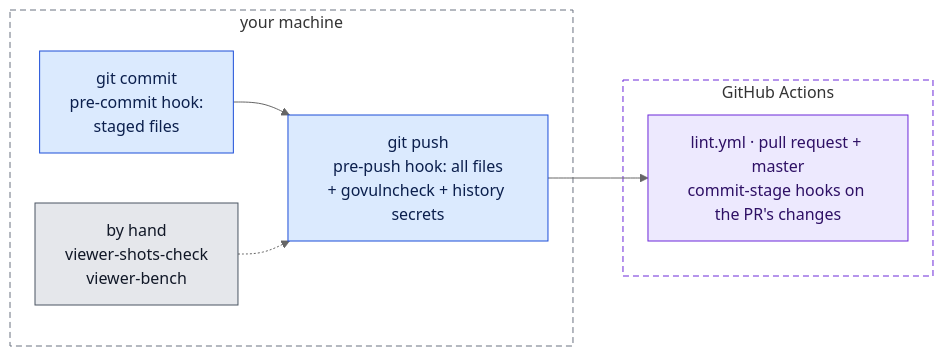
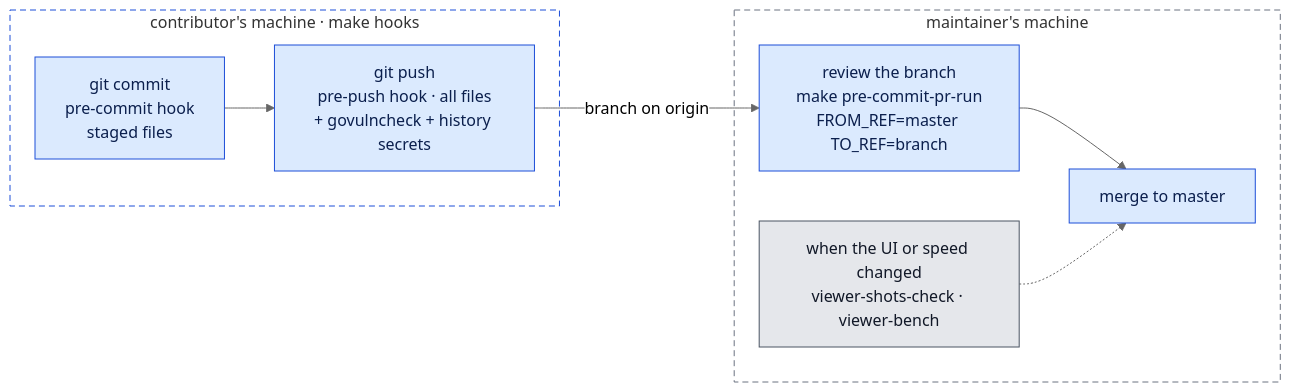
Before and after one commit to Avicted/tools.pipeline-graph: the eighth of 10 diagrams in docs/architecture.md, drawn with Mermaid (neutral theme). The commit also changed other lines of this file and 5 other files, not shown here.

First line of the commit message:
ci: remove lint.yml; the pre-commit hooks are the only gate

````diff
--- a/docs/architecture.md
+++ b/docs/architecture.md
@@ -297,22 +299,21 @@
 ```mermaid
 flowchart LR
-    subgraph local["your machine"]
-        commit["git commit<br/>pre-commit hook:<br/>staged files"]
-        push["git push<br/>pre-push hook: all files<br/>+ govulncheck + history secrets"]
-        manual["by hand<br/>viewer-shots-check<br/>viewer-bench"]
+    subgraph contributor["contributor's machine · make hooks"]
+        commit["git commit<br/>pre-commit hook<br/>staged files"]
+        push["git push<br/>pre-push hook · all files<br/>+ govulncheck + history secrets"]
     end
-    subgraph ci["GitHub Actions"]
-        pr["lint.yml · pull request + master<br/>commit-stage hooks on the PR's changes"]
+    subgraph maintainer["maintainer's machine"]
+        review["review the branch<br/>make pre-commit-pr-run<br/>FROM_REF=master TO_REF=branch"]
+        manual["when the UI or speed changed<br/>viewer-shots-check · viewer-bench"]
+        merge["merge to master"]
     end
-    commit --> push --> pr
-    manual -.-> push
+    commit --> push -- "branch on origin" --> review --> merge
+    manual -.-> merge
 
     classDef go fill:#dbeafe,stroke:#1d4ed8,color:#0b1f4d
-    classDef hosted fill:#ede9fe,stroke:#6d28d9,color:#2e1065
     classDef output fill:#e5e7eb,stroke:#4b5563,color:#111827
-    class commit,push go
+    class commit,push,review,merge go
     class manual output
-    class pr hosted
-    style local fill:none,stroke:#6b7280,stroke-dasharray:6 4
-    style ci fill:none,stroke:#6d28d9,stroke-dasharray:6 4
+    style contributor fill:none,stroke:#1d4ed8,stroke-dasharray:6 4
+    style maintainer fill:none,stroke:#6b7280,stroke-dasharray:6 4
 ```
````
